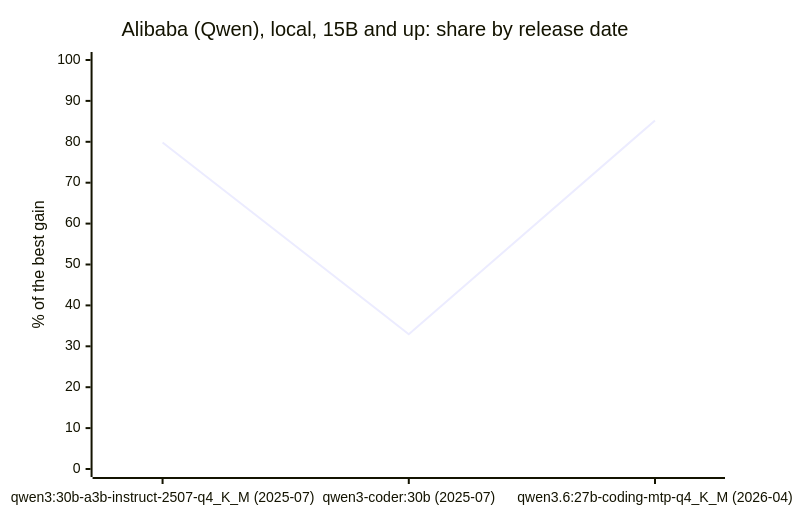
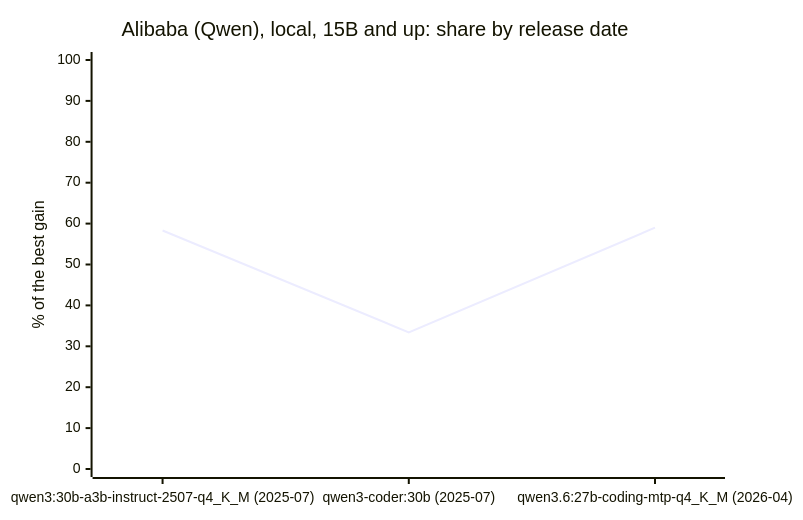
One commit to cklukas/OMEGA_TRANSFORM changed the diagram in docs/benchmarks/developers.md. Above: the diagram before and after it, drawn with Mermaid. The commit also changed other lines of this file and 469 other files, not shown here.

````diff
--- a/docs/benchmarks/developers.md
+++ b/docs/benchmarks/developers.md
@@ -96,7 +96,7 @@
 ```mermaid
 xychart-beta
     title "Alibaba (Qwen), local, 15B and up: share by release date"
     x-axis ["qwen3:30b-a3b-instruct-2507-q4_K_M (2025-07)", "qwen3-coder:30b (2025-07)", "qwen3.6:27b-coding-mtp-q4_K_M (2026-04)"]
     y-axis "% of the best gain" 0 --> 100
-    line [79.81, 32.96, 85.22]
+    line [58.31, 33.41, 59]
 ```
````
